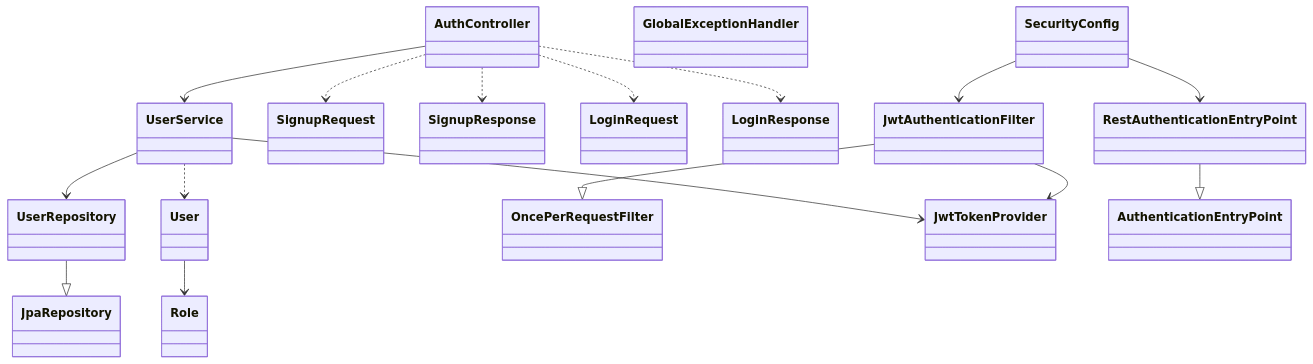
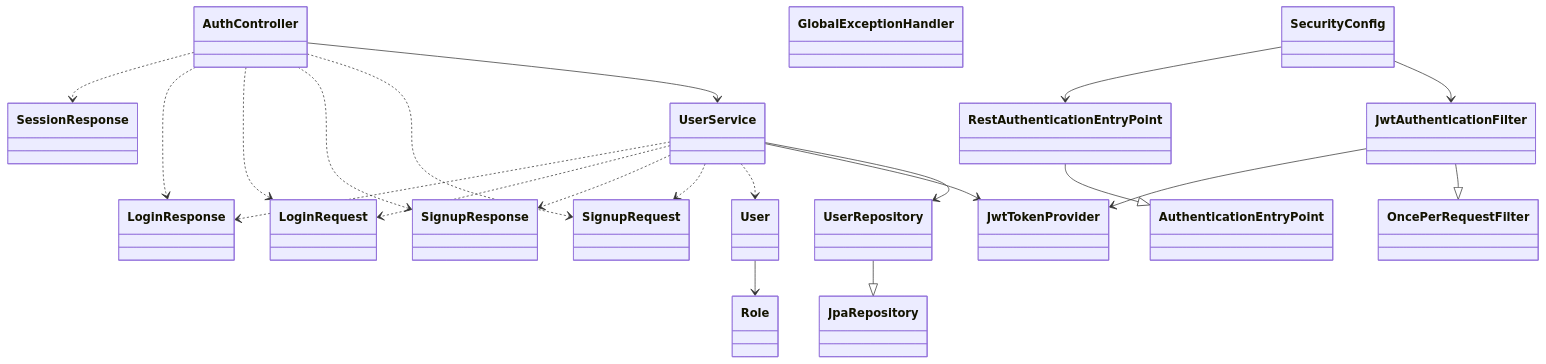
The second of 7 diagrams in docs/class-diagram.md (Park-Yena00/ai-api-usage-monitor), drawn with Mermaid before and after one commit. The commit also changed other lines of this file, not shown here.

First line of the commit message:
Docs: class-diagram.md 수정

````diff
--- a/docs/class-diagram.md
+++ b/docs/class-diagram.md
@@ -136,38 +53,44 @@
 ```mermaid
 classDiagram
 direction TB
 
 class AuthController
 class GlobalExceptionHandler
 class UserService
 class UserRepository
 class JpaRepository
 class User
 class Role
 class SignupRequest
 class SignupResponse
 class LoginRequest
 class LoginResponse
+class SessionResponse
 class SecurityConfig
 class JwtAuthenticationFilter
 class OncePerRequestFilter
 class JwtTokenProvider
 class RestAuthenticationEntryPoint
 class AuthenticationEntryPoint
 
 AuthController --> UserService
 AuthController ..> SignupRequest
 AuthController ..> SignupResponse
 AuthController ..> LoginRequest
 AuthController ..> LoginResponse
+AuthController ..> SessionResponse
 UserService --> UserRepository
 UserService --> JwtTokenProvider
 UserService ..> User
+UserService ..> SignupRequest
+UserService ..> SignupResponse
+UserService ..> LoginRequest
+UserService ..> LoginResponse
 UserRepository --|> JpaRepository
 User --> Role
 JwtAuthenticationFilter --|> OncePerRequestFilter
 JwtAuthenticationFilter --> JwtTokenProvider
 RestAuthenticationEntryPoint --|> AuthenticationEntryPoint
 SecurityConfig --> JwtAuthenticationFilter
 SecurityConfig --> RestAuthenticationEntryPoint
 ```
````
